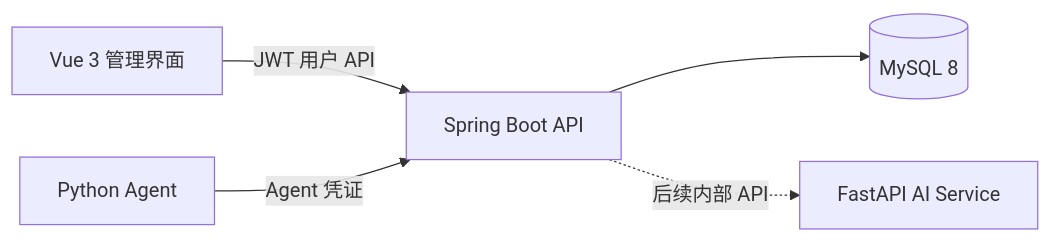
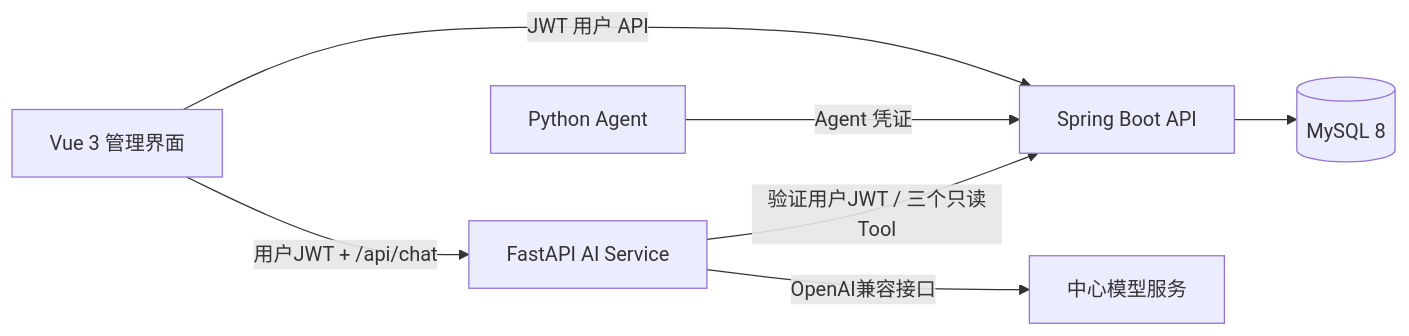
Before and after one commit to Zhanghaorenen/aiops: the first of 2 diagrams in docs/architecture.md, drawn with Mermaid. The commit also changed other lines of this file and 48 other files, not shown here.

````diff
--- a/docs/architecture.md
+++ b/docs/architecture.md
@@ -15,7 +15,9 @@
 ```mermaid
 flowchart LR
   UI[Vue 3 管理界面] -->|JWT 用户 API| API[Spring Boot API]
   Agent[Python Agent] -->|Agent 凭证| API
   API --> DB[(MySQL 8)]
-  API -. 后续内部 API .-> AI[FastAPI AI Service]
+  UI -->|用户JWT + /api/chat| AI[FastAPI AI Service]
+  AI -->|验证用户JWT / 三个只读Tool| API
+  AI -->|OpenAI兼容接口| LLM[中心模型服务]
 ```
````
